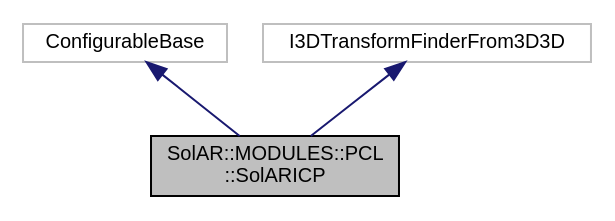
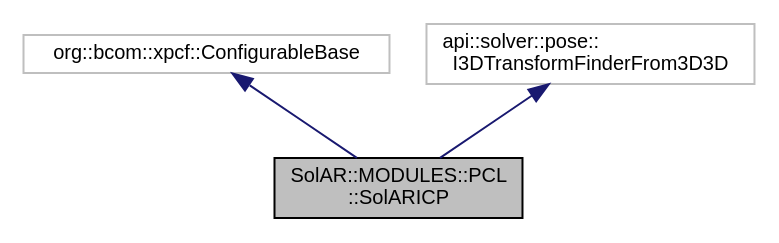
The diagram in api_module_documentation/class_sol_a_r_1_1_m_o_d_u_l_e_s_1_1_p_c_l_1_1_sol_a_r_i_c_p__inherit__graph.dot (SolarFramework/solarframework.github.io), drawn with Graphviz before and after one commit. The commit also changed 784 other files, not shown here.

```diff
--- a/api_module_documentation/class_sol_a_r_1_1_m_o_d_u_l_e_s_1_1_p_c_l_1_1_sol_a_r_i_c_p__inherit__graph.dot
+++ b/api_module_documentation/class_sol_a_r_1_1_m_o_d_u_l_e_s_1_1_p_c_l_1_1_sol_a_r_i_c_p__inherit__graph.dot
@@ -1,10 +1,11 @@
 digraph "SolAR::MODULES::PCL::SolARICP"
 {
+ // LATEX_PDF_SIZE
   edge [fontname="Helvetica",fontsize="10",labelfontname="Helvetica",labelfontsize="10"];
   node [fontname="Helvetica",fontsize="10",shape=record];
-  Node0 [label="SolAR::MODULES::PCL\l::SolARICP",height=0.2,width=0.4,color="black", fillcolor="grey75", style="filled", fontcolor="black"];
-  Node1 -> Node0 [dir="back",color="midnightblue",fontsize="10",style="solid",fontname="Helvetica"];
-  Node1 [label="ConfigurableBase",height=0.2,width=0.4,color="grey75", fillcolor="white", style="filled"];
-  Node2 -> Node0 [dir="back",color="midnightblue",fontsize="10",style="solid",fontname="Helvetica"];
-  Node2 [label="I3DTransformFinderFrom3D3D",height=0.2,width=0.4,color="grey75", fillcolor="white", style="filled"];
+  Node1 [label="SolAR::MODULES::PCL\l::SolARICP",height=0.2,width=0.4,color="black", fillcolor="grey75", style="filled", fontcolor="black",tooltip="This component performs Point-To-Point registration between two pointclouds based on Point Cloud Libr..."];
+  Node2 -> Node1 [dir="back",color="midnightblue",fontsize="10",style="solid",fontname="Helvetica"];
+  Node2 [label="org::bcom::xpcf::ConfigurableBase",height=0.2,width=0.4,color="grey75", fillcolor="white", style="filled",tooltip=" "];
+  Node3 -> Node1 [dir="back",color="midnightblue",fontsize="10",style="solid",fontname="Helvetica"];
+  Node3 [label="api::solver::pose::\lI3DTransformFinderFrom3D3D",height=0.2,width=0.4,color="grey75", fillcolor="white", style="filled",tooltip=" "];
 }
```
